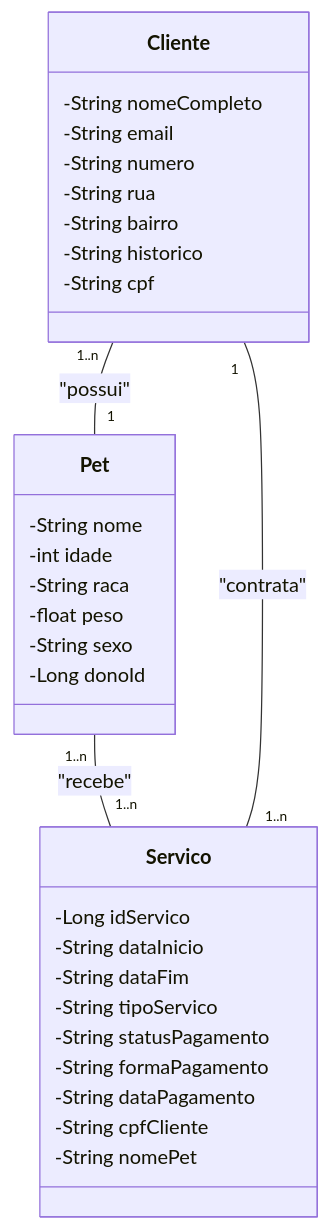
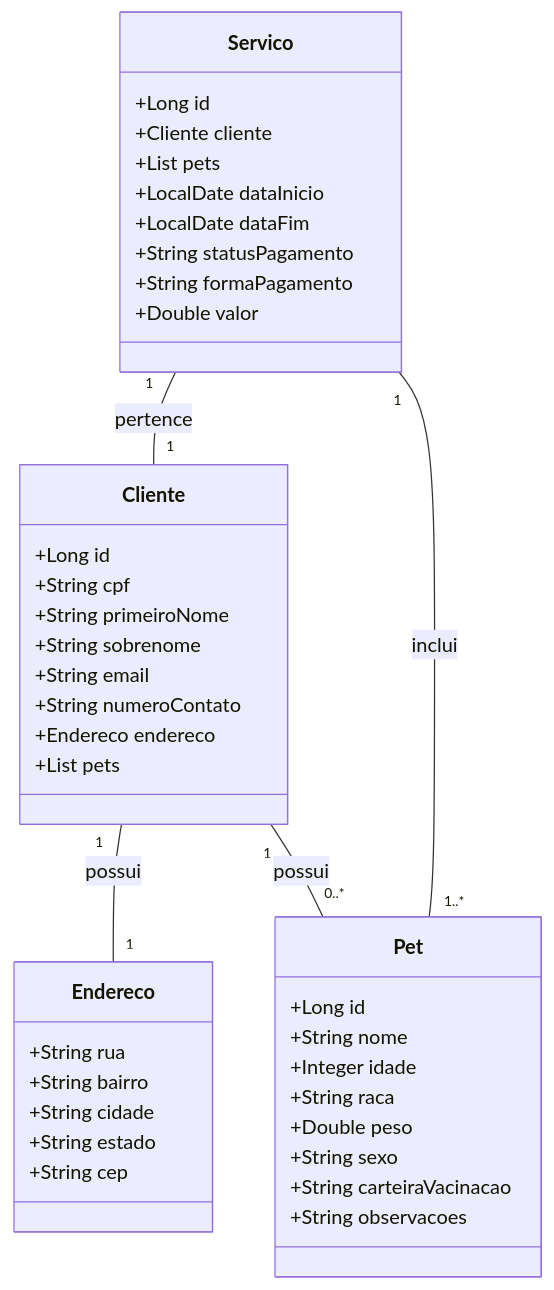
Before and after one commit to lucascalado0/minha-api-gestao: the diagram in README.md, drawn with Mermaid. The commit also changed other lines of this file and 1 other file, not shown here.

Commit message:
atualizando diagrama de classes do projeto

````diff
--- a/README.md
+++ b/README.md
@@ -6,38 +6,50 @@
 ```mermaid
 classDiagram
     class Cliente {
-        -String nomeCompleto
-        -String email
-        -String numero
-        -String rua
-        -String bairro
-        -String historico
-        -String cpf
+        +Long id
+        +String cpf
+        +String primeiroNome
+        +String sobrenome
+        +String email
+        +String numeroContato
+        +Endereco endereco
+        +List<Pet> pets
+    }
+
+    class Endereco {
+        +String rua
+        +String bairro
+        +String cidade
+        +String estado
+        +String cep
     }
 
     class Pet {
-        -String nome
-        -int idade
-        -String raca
-        -float peso
-        -String sexo
-        -Long donoId
+        +Long id
+        +String nome
+        +Integer idade
+        +String raca
+        +Double peso
+        +String sexo
+        +String carteiraVacinacao
+        +String observacoes
     }
 
     class Servico {
-        -Long idServico
-        -String dataInicio
-        -String dataFim
-        -String tipoServico
-        -String statusPagamento
-        -String formaPagamento
-        -String dataPagamento
-        -String cpfCliente
-        -String nomePet
+        +Long id
+        +Cliente cliente
+        +List<Pet> pets
+        +LocalDate dataInicio
+        +LocalDate dataFim
+        +String statusPagamento
+        +String formaPagamento
+        +Double valor
     }
 
-    Cliente "1..n" -- "1" Pet : "possui"
-    Pet "1..n" -- "1..n" Servico : "recebe"
-    Cliente "1" -- "1..n" Servico : "contrata"
+    Cliente "1" -- "1" Endereco : possui
+    Cliente "1" -- "0..*" Pet : possui
+    Servico "1" -- "1" Cliente : pertence
+    Servico "1" -- "1..*" Pet : inclui
+
 
 ```
````
